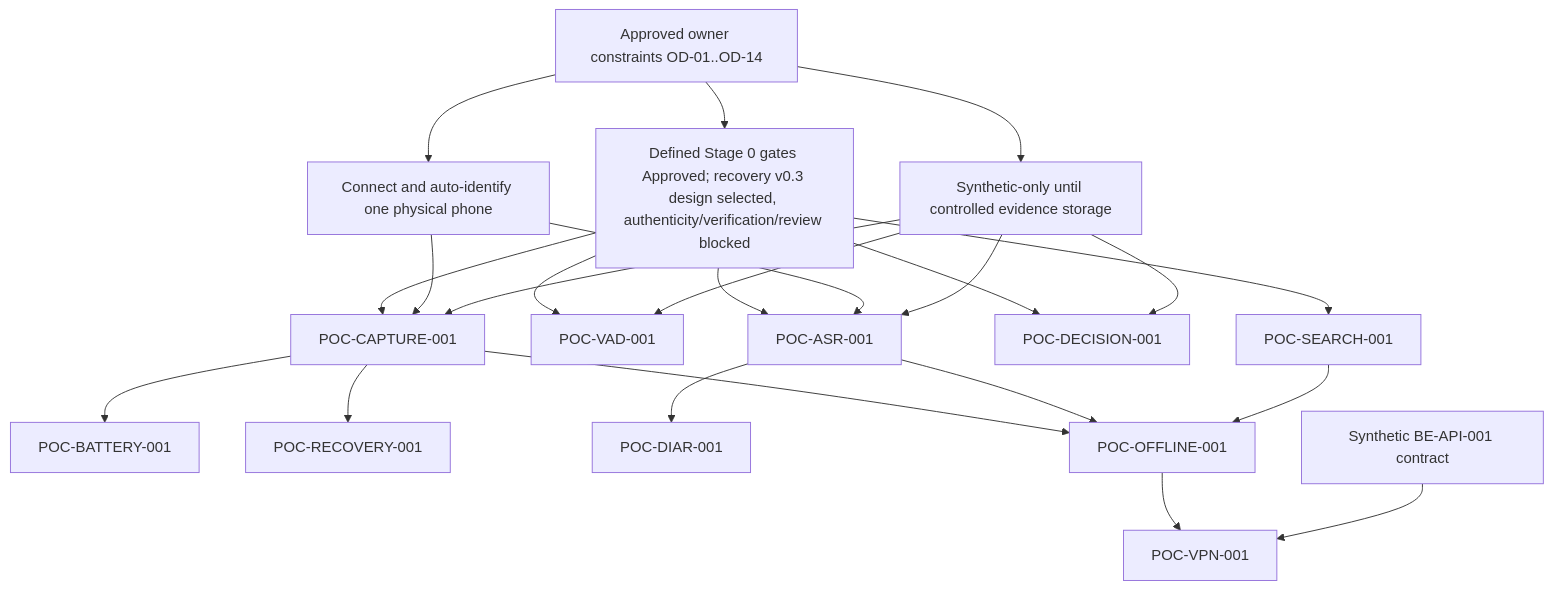
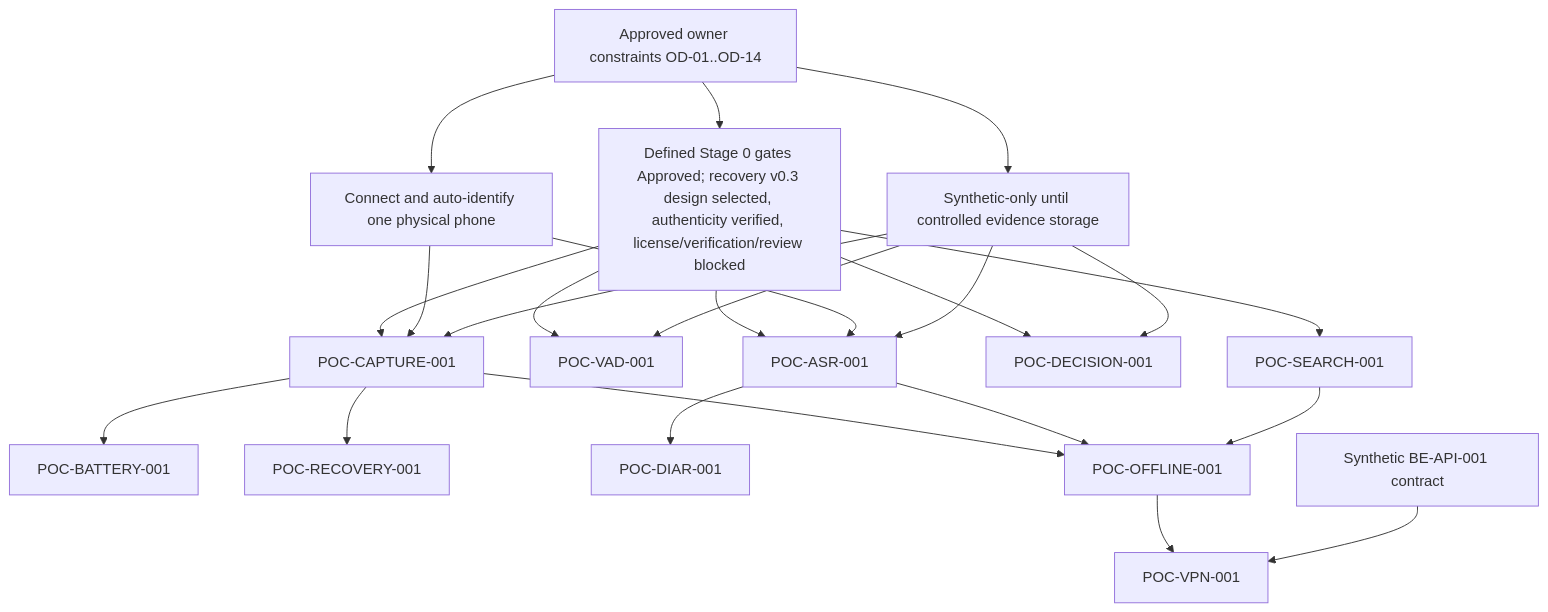
The diagram in docs/stage0/DORA_MVP1_POC_EXECUTION_ORDER.md (Monumentogram/DORA), drawn with Mermaid before and after one commit. The commit also changed other lines of this file and 21 other files, not shown here.

Commit message:
docs: close recovery dependency authenticity finding

````diff
--- a/docs/stage0/DORA_MVP1_POC_EXECUTION_ORDER.md
+++ b/docs/stage0/DORA_MVP1_POC_EXECUTION_ORDER.md
@@ -34,25 +34,25 @@
 ```mermaid
 flowchart TD
-    O["Approved owner constraints OD-01..OD-14"] --> G["Defined Stage 0 gates Approved; recovery v0.3 design selected, authenticity/verification/review blocked"]
+    O["Approved owner constraints OD-01..OD-14"] --> G["Defined Stage 0 gates Approved; recovery v0.3 design selected, authenticity verified, license/verification/review blocked"]
     O --> D["Connect and auto-identify one physical phone"]
     O --> C["Synthetic-only until controlled evidence storage"]
     G --> CAP["POC-CAPTURE-001"]
     D --> CAP
     C --> CAP
     CAP --> BAT["POC-BATTERY-001"]
     CAP --> REC["POC-RECOVERY-001"]
     G --> VAD["POC-VAD-001"]
     C --> VAD
     G --> ASR["POC-ASR-001"]
     D --> ASR
     C --> ASR
     ASR --> DIAR["POC-DIAR-001"]
     G --> DEC["POC-DECISION-001"]
     C --> DEC
     G --> SEARCH["POC-SEARCH-001"]
     CAP --> OFF["POC-OFFLINE-001"]
     ASR --> OFF
     SEARCH --> OFF
     OFF --> VPN["POC-VPN-001"]
     API["Synthetic BE-API-001 contract"] --> VPN
 ```
````
